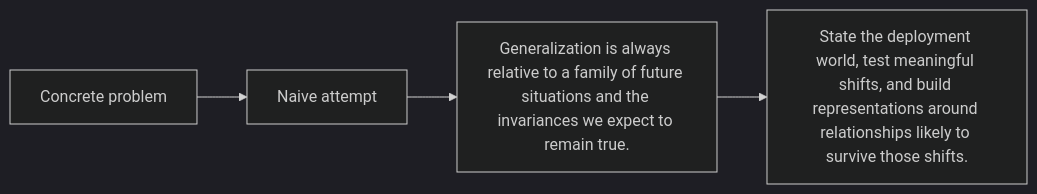
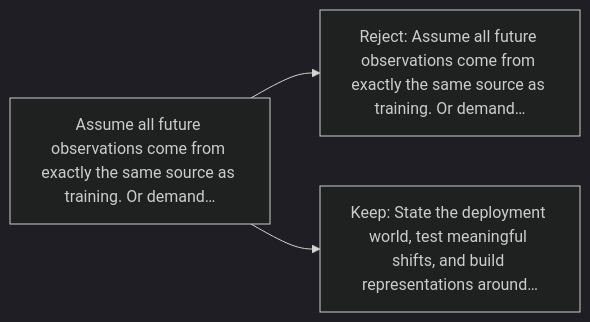
One commit to kleem-labs/AI-Archaeology changed the diagram in excavations/034-generalization/diagram.md. Above: the diagram before and after it, drawn with Mermaid (dark theme). The commit also changed other lines of this file and 288 other files, not shown here.

````diff
--- a/excavations/034-generalization/diagram.md
+++ b/excavations/034-generalization/diagram.md
@@ -3,4 +5,5 @@
-~~~mermaid
+```mermaid
 flowchart LR
- A["Concrete problem"] --> B["Naive attempt"] --> C["Generalization is always relative to a family of future situations and the invariances we expect to remain true."] --> D["State the deployment world, test meaningful shifts, and build representations around relationships likely to survive those shifts."]
-~~~
+    B["Assume all future observations come from exactly the same source as training. Or demand…"] --> A["Reject: Assume all future observations come from exactly the same source as training. Or demand…"]
+    B --> C["Keep: State the deployment world, test meaningful shifts, and build representations around…"]
+```
````
